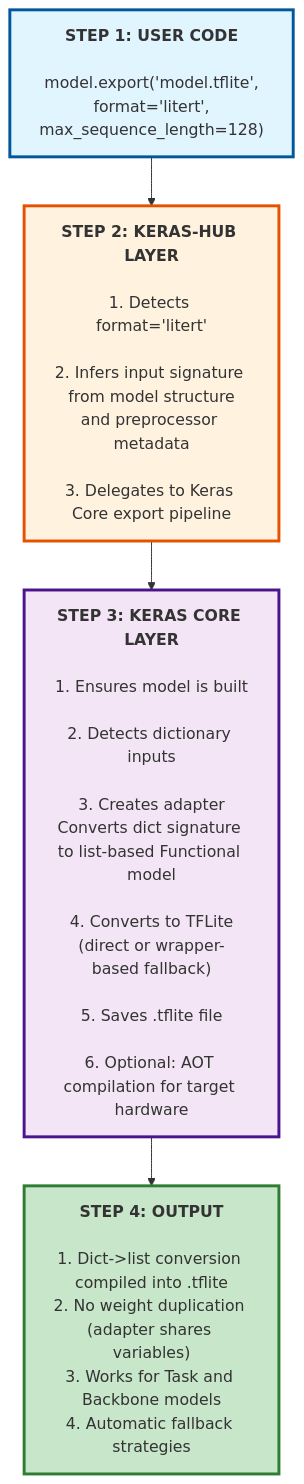
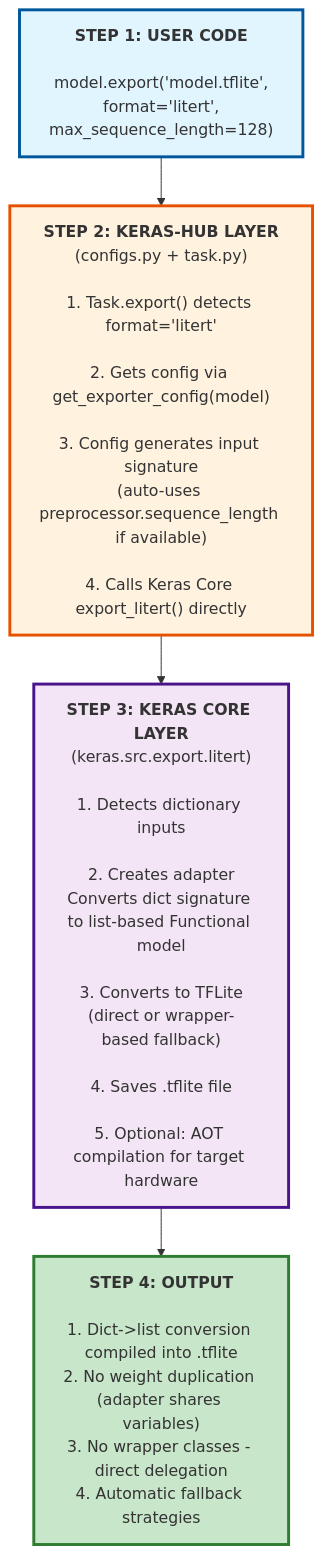
Before and after one commit to pctablet505/litert-export-docs: the fifth of 5 diagrams in LiteRT Export design doc reviewed.md, drawn with Mermaid. The commit also changed other lines of this file, not shown here.

First line of the commit message:
Revise LiteRT export design for direct delegation

````diff
--- a/LiteRT Export design doc reviewed.md
+++ b/LiteRT Export design doc reviewed.md
@@ -486,19 +491,19 @@
 ```mermaid
 flowchart TD
     Step1["<b>STEP 1: USER CODE</b><br/><br/>model.export('model.tflite',<br/>format='litert',<br/>max_sequence_length=128)"]
     
-    Step2["<b>STEP 2: KERAS-HUB LAYER</b><br/><br/>1. Detects format='litert'<br/><br/>2. Infers input signature from model structure<br/>and preprocessor metadata<br/><br/>3. Delegates to Keras Core export pipeline"]
+    Step2["<b>STEP 2: KERAS-HUB LAYER</b><br/>(configs.py + task.py)<br/><br/>1. Task.export() detects format='litert'<br/><br/>2. Gets config via get_exporter_config(model)<br/><br/>3. Config generates input signature<br/>(auto-uses preprocessor.sequence_length if available)<br/><br/>4. Calls Keras Core export_litert() directly"]
     
-    Step3["<b>STEP 3: KERAS CORE LAYER</b><br/><br/>1. Ensures model is built<br/><br/>2. Detects dictionary inputs<br/><br/>3. Creates adapter<br/>Converts dict signature to list-based Functional model<br/><br/>4. Converts to TFLite<br/>(direct or wrapper-based fallback)<br/><br/>5. Saves .tflite file<br/><br/>6. Optional: AOT compilation for target hardware"]
+    Step3["<b>STEP 3: KERAS CORE LAYER</b><br/>(keras.src.export.litert)<br/><br/>1. Detects dictionary inputs<br/><br/>2. Creates adapter<br/>Converts dict signature to list-based Functional model<br/><br/>3. Converts to TFLite<br/>(direct or wrapper-based fallback)<br/><br/>4. Saves .tflite file<br/><br/>5. Optional: AOT compilation for target hardware"]
     
-    Step4["<b>STEP 4: OUTPUT</b><br/><br/>1. Dict->list conversion compiled into .tflite<br/>2. No weight duplication (adapter shares variables)<br/>3. Works for Task and Backbone models<br/>4. Automatic fallback strategies"]
+    Step4["<b>STEP 4: OUTPUT</b><br/><br/>1. Dict->list conversion compiled into .tflite<br/>2. No weight duplication (adapter shares variables)<br/>3. No wrapper classes - direct delegation<br/>4. Automatic fallback strategies"]
     
     Step1 --> Step2
     Step2 --> Step3
     Step3 --> Step4
     
     style Step1 fill:#e1f5ff,stroke:#01579b,stroke-width:3px
     style Step2 fill:#fff3e0,stroke:#e65100,stroke-width:3px
     style Step3 fill:#f3e5f5,stroke:#4a148c,stroke-width:3px
     style Step4 fill:#c8e6c9,stroke:#2e7d32,stroke-width:3px
 ```
````
